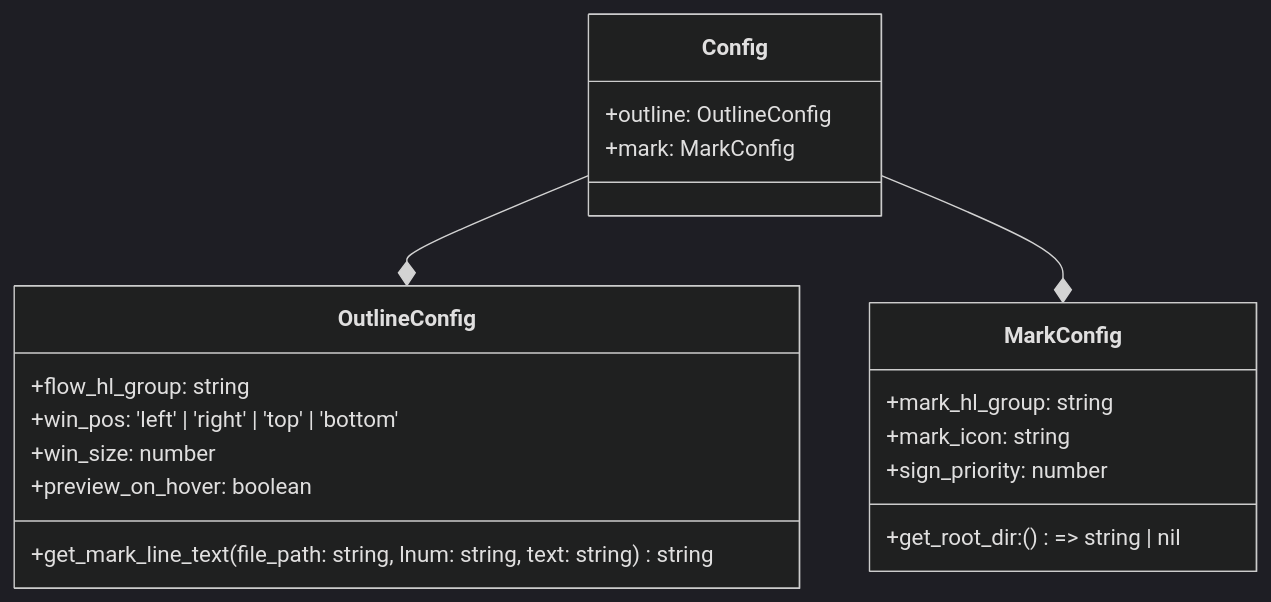
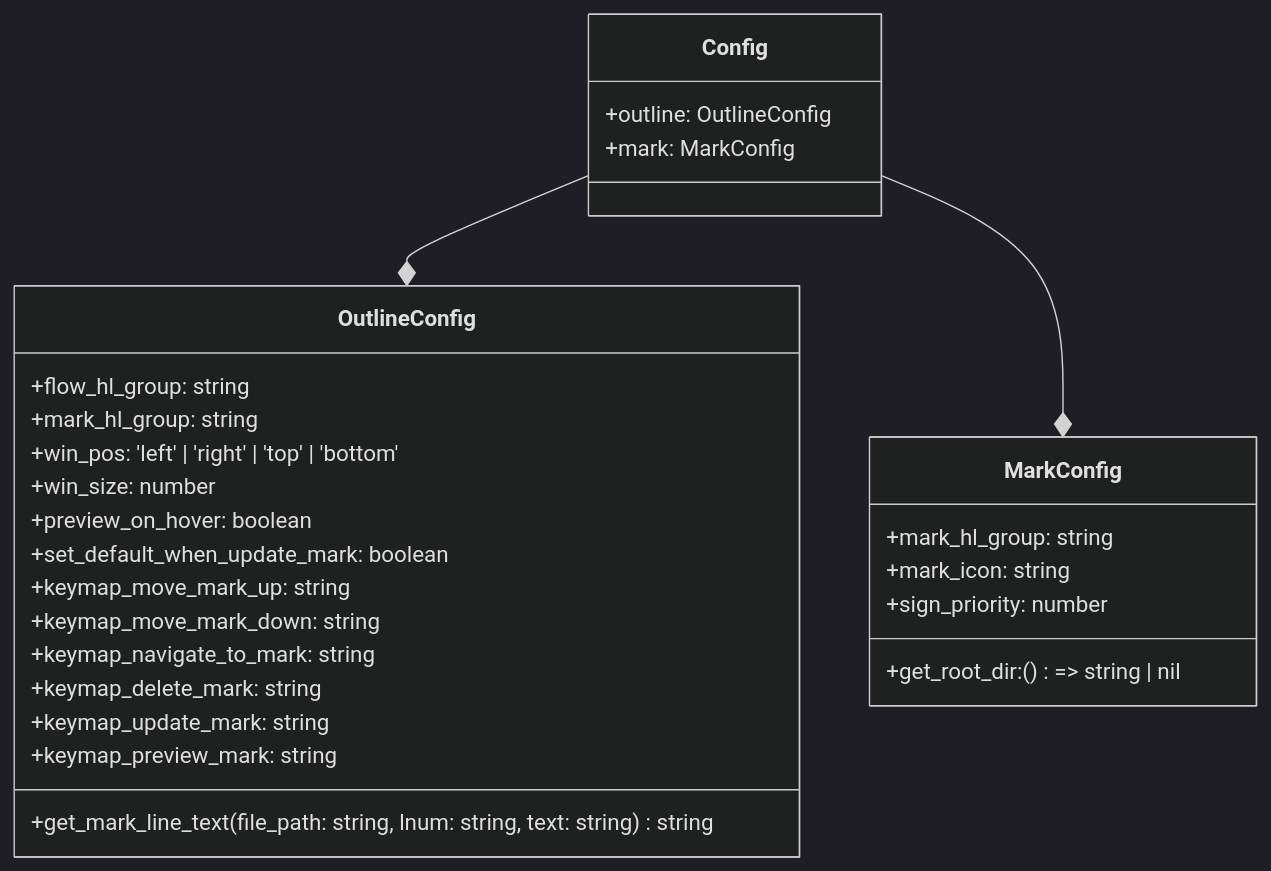
One commit to niuiic/track.nvim changed diagram 17 of 17 in DESIGN.md. Above: the diagram before and after it, drawn with Mermaid (dark theme). The commit also changed other lines of this file and 7 other files, not shown here.

````diff
--- a/DESIGN.md
+++ b/DESIGN.md
@@ -431,25 +445,33 @@
 ```mermaid
 classDiagram
     Config --* OutlineConfig
     Config --* MarkConfig
     class Config {
         +outline: OutlineConfig
         +mark: MarkConfig
     }
 
     class OutlineConfig {
         +flow_hl_group: string
+        +mark_hl_group: string
         +win_pos: 'left' | 'right' | 'top' | 'bottom'
         +win_size: number
         +preview_on_hover: boolean
+        +set_default_when_update_mark: boolean
+        +keymap_move_mark_up: string
+        +keymap_move_mark_down: string
+        +keymap_navigate_to_mark: string
+        +keymap_delete_mark: string
+        +keymap_update_mark: string
+        +keymap_preview_mark: string
 
         +get_mark_line_text(file_path: string, lnum: string, text: string) string
     }
 
     class MarkConfig {
         +mark_hl_group: string
         +mark_icon: string
         +get_root_dir: () => string | nil
         +sign_priority: number
     }
 ```
````
